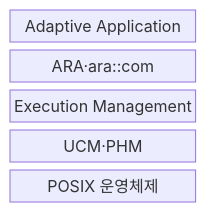
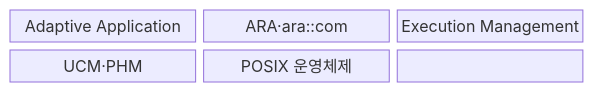
One commit to agnusdei1207/knowledge-base changed the first of 2 diagrams in src/content/docs/notes/08-latest-tech/206_autosar_adaptive.md. Above: the diagram before and after it, drawn with Mermaid. The commit also changed other lines of this file and 228 other files, not shown here.

````diff
--- a/src/content/docs/notes/08-latest-tech/206_autosar_adaptive.md
+++ b/src/content/docs/notes/08-latest-tech/206_autosar_adaptive.md
@@ -54,9 +53,11 @@
 ```mermaid
 block-beta
-  columns 1
-  A["Adaptive Application"]
-  B["ARA·ara::com"]
-  C["Execution Management"]
-  D["UCM·PHM"]
-  E["POSIX 운영체제"]
+  columns 3
+  N0["Adaptive Application"]
+  N1["ARA·ara::com"]
+  N2["Execution Management"]
+  N3["UCM·PHM"]
+  N4["POSIX 운영체제"]
+  N0 --- N1 --- N2
+  N2 --- N3 --- N4
 ```
````
